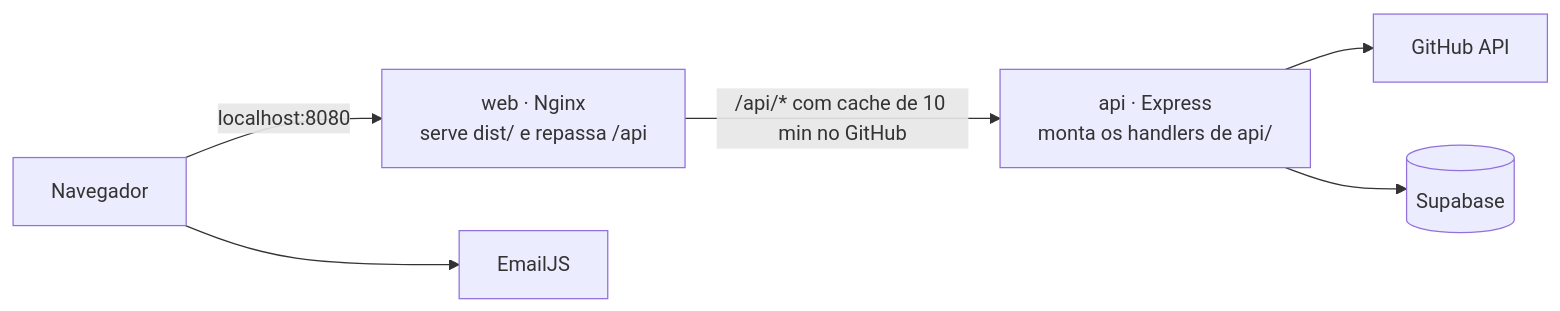
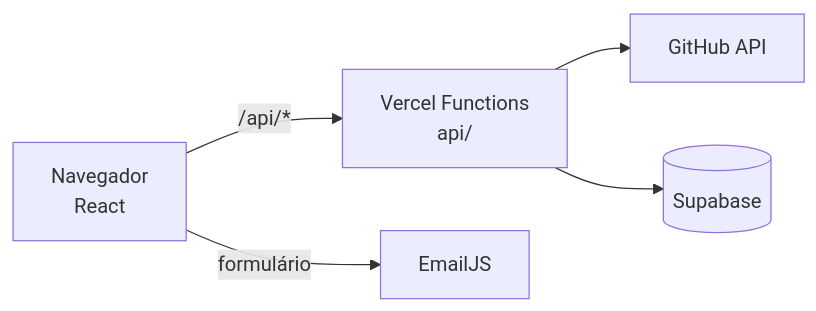
The diagram in README.md (joaom-abreu/portfolio), drawn with Mermaid before and after one commit. The commit also changed other lines of this file, not shown here.

````diff
--- a/README.md
+++ b/README.md
@@ -192,15 +105,13 @@
 ```mermaid
 flowchart LR
-  browser["Navegador"]
-  web["web · Nginx<br/>serve dist/ e repassa /api"]
-  api["api · Express<br/>monta os handlers de api/"]
+  browser["Navegador<br/>React"]
+  functions["Vercel Functions<br/>api/"]
   github["GitHub API"]
   supabase[("Supabase")]
   emailjs["EmailJS"]
 
-  browser -->|"localhost:8080"| web
-  web -->|"/api/* com cache de 10 min no GitHub"| api
-  api --> github
-  api --> supabase
-  browser --> emailjs
+  browser -->|"/api/*"| functions
+  functions --> github
+  functions --> supabase
+  browser -->|"formulário"| emailjs
 ```
````
